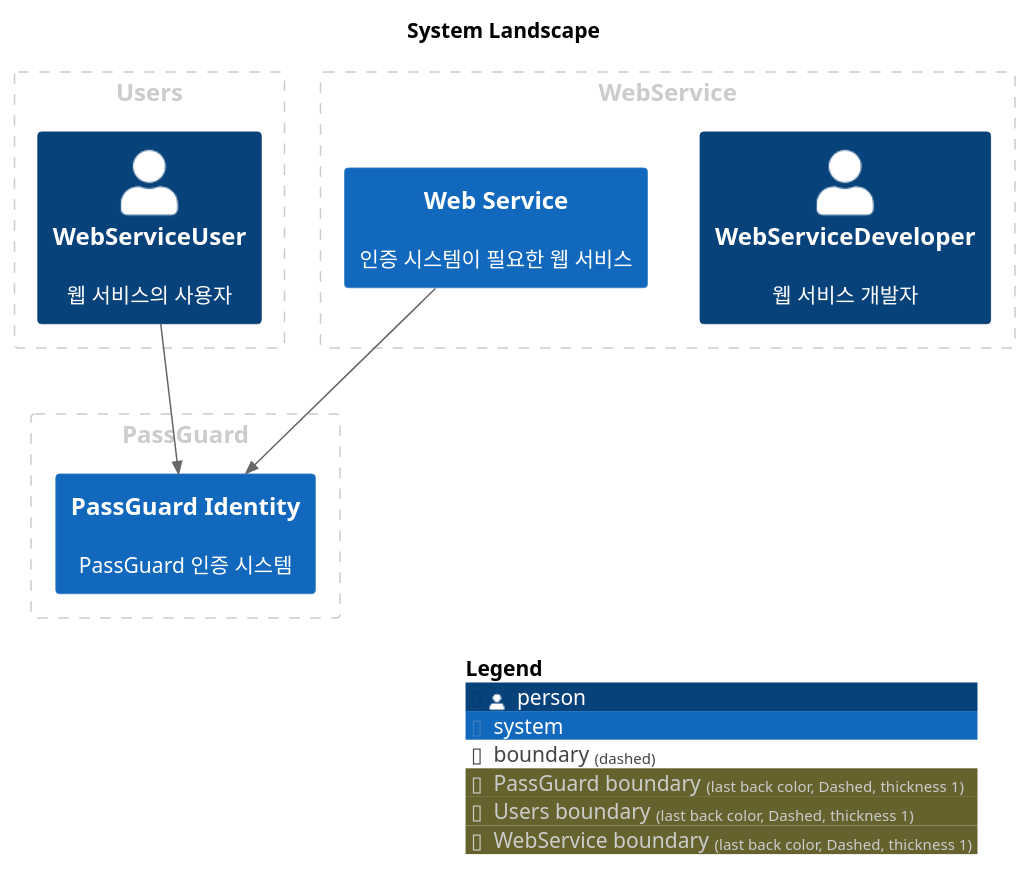
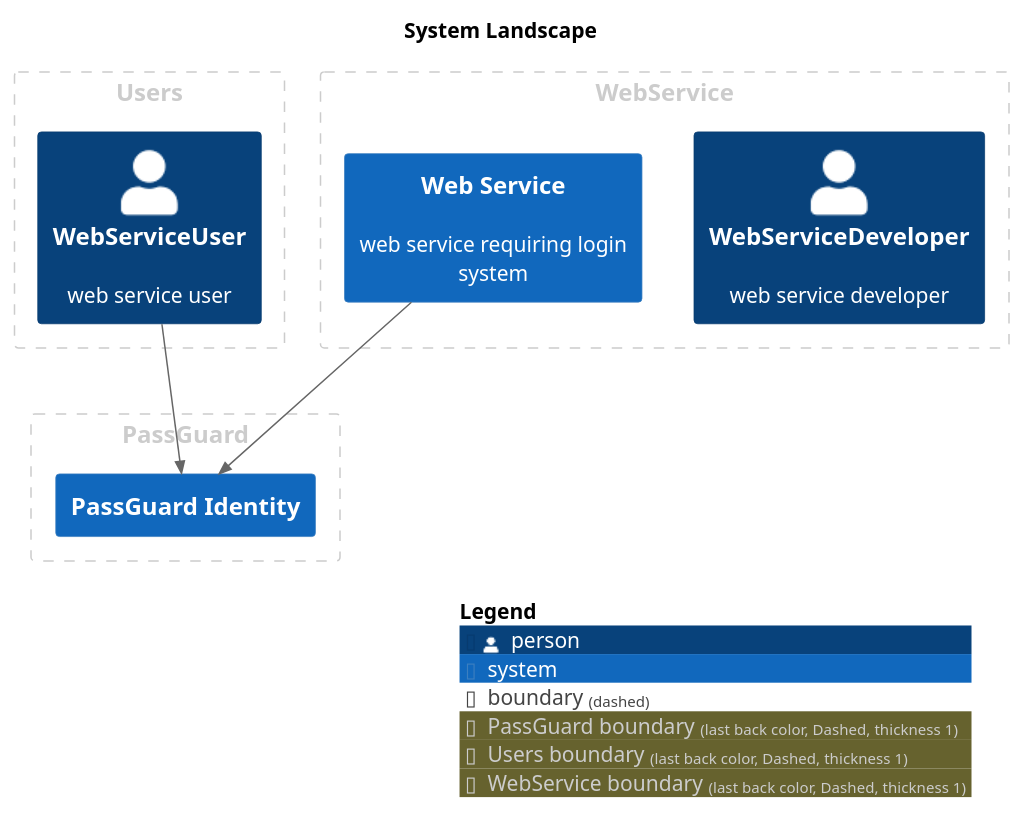
Before and after one commit to IntellectusCorp/passguard-docs: the diagram in master/puml/SystemLandscape.puml, drawn with PlantUML. The commit also changed 27 other files, not shown here.

```diff
--- a/master/puml/SystemLandscape.puml
+++ b/master/puml/SystemLandscape.puml
@@ -1,31 +1,31 @@
 @startuml
 set separator none
 title System Landscape
 
 top to bottom direction
 
 !include <C4/C4>
 !include <C4/C4_Context>
 
 AddBoundaryTag("PassGuard", $borderColor="#cccccc", $fontColor="#cccccc", $borderStyle="Dashed", $borderThickness="1")
 Boundary(group_1, "PassGuard", $tags="PassGuard") {
-  System(PassGuardIdentity, "PassGuard Identity", $descr="PassGuard 인증 시스템", $tags="", $link="")
+  System(PassGuardIdentity, "PassGuard Identity", $descr="", $tags="", $link="")
 }
 
 AddBoundaryTag("Users", $borderColor="#cccccc", $fontColor="#cccccc", $borderStyle="Dashed", $borderThickness="1")
 Boundary(group_2, "Users", $tags="Users") {
-  Person(WebServiceUser, "WebServiceUser", $descr="웹 서비스의 사용자", $tags="", $link="")
+  Person(WebServiceUser, "WebServiceUser", $descr="web service user", $tags="", $link="")
 }
 
 AddBoundaryTag("WebService", $borderColor="#cccccc", $fontColor="#cccccc", $borderStyle="Dashed", $borderThickness="1")
 Boundary(group_3, "WebService", $tags="WebService") {
-  Person(WebServiceDeveloper, "WebServiceDeveloper", $descr="웹 서비스 개발자", $tags="", $link="")
-  System(WebService, "Web Service", $descr="인증 시스템이 필요한 웹 서비스", $tags="", $link="")
+  Person(WebServiceDeveloper, "WebServiceDeveloper", $descr="web service developer", $tags="", $link="")
+  System(WebService, "Web Service", $descr="web service requiring login system", $tags="", $link="")
 }
 
 
 Rel(WebServiceUser, PassGuardIdentity, "", $techn="", $tags="", $link="")
 Rel(WebService, PassGuardIdentity, "", $techn="", $tags="", $link="")
 
 SHOW_LEGEND(true)
 @enduml
```
